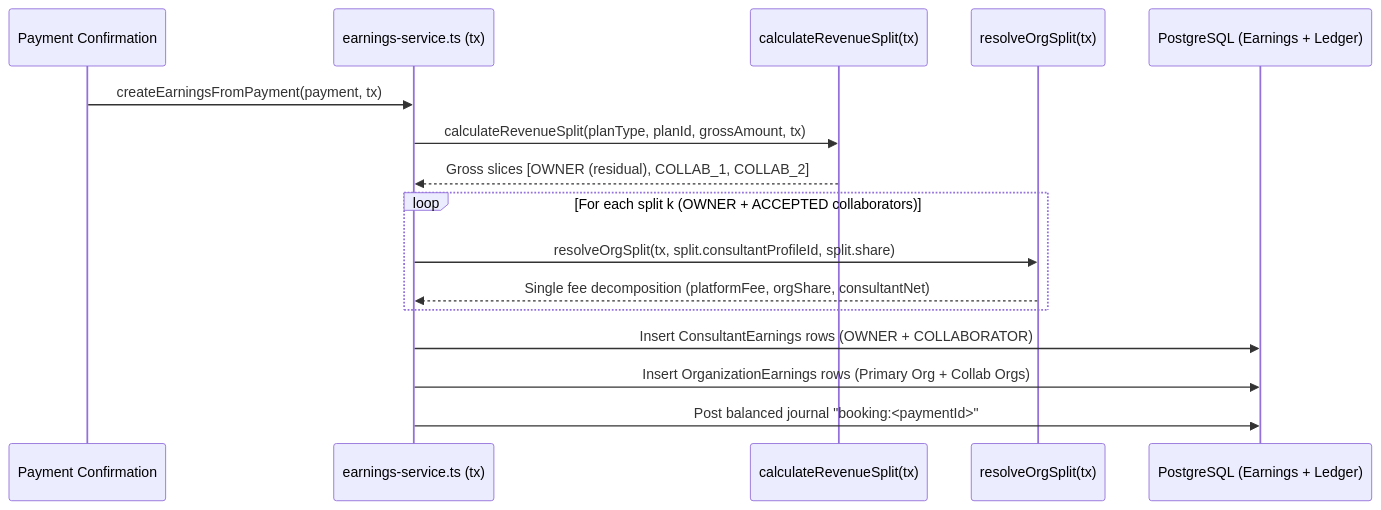
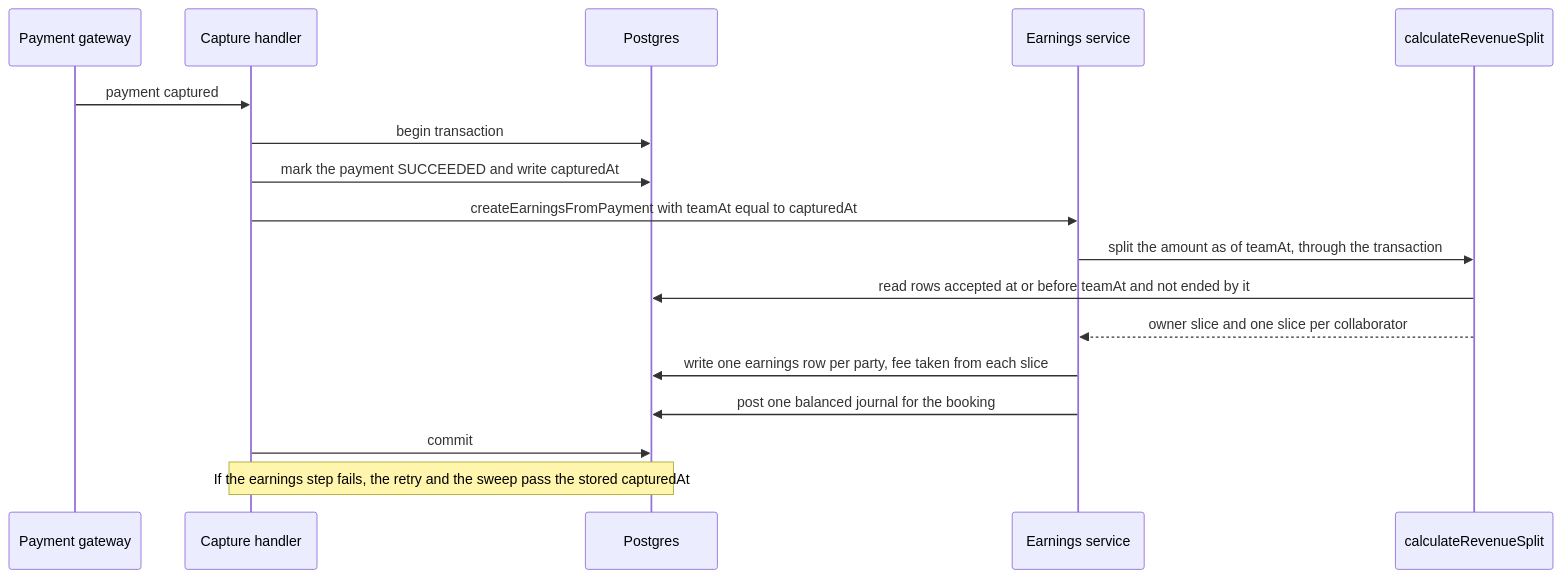
The diagram in docs/collaborators/03-revenue-sharing.md (Practitionist/familiarise_web), drawn with Mermaid before and after one commit. The commit also changed other lines of this file and 306 other files, not shown here.

````diff
--- a/docs/collaborators/03-revenue-sharing.md
+++ b/docs/collaborators/03-revenue-sharing.md
@@ -25,19 +44,20 @@
 ```mermaid
 sequenceDiagram
-    participant WH as Payment Confirmation
-    participant ES as earnings-service.ts (tx)
-    participant CS as calculateRevenueSplit(tx)
-    participant RC as resolveOrgSplit(tx)
-    participant DB as PostgreSQL (Earnings + Ledger)
+    participant GW as Payment gateway
+    participant H as Capture handler
+    participant DB as Postgres
+    participant ES as Earnings service
+    participant RS as calculateRevenueSplit
 
-    WH->>ES: createEarningsFromPayment(payment, tx)
-    ES->>CS: calculateRevenueSplit(planType, planId, grossAmount, tx)
-    CS-->>ES: Gross slices [OWNER (residual), COLLAB_1, COLLAB_2]
-    loop For each split k (OWNER + ACCEPTED collaborators)
-        ES->>RC: resolveOrgSplit(tx, split.consultantProfileId, split.share)
-        RC-->>ES: Single fee decomposition (platformFee, orgShare, consultantNet)
-    end
-    ES->>DB: Insert ConsultantEarnings rows (OWNER + COLLABORATOR)
-    ES->>DB: Insert OrganizationEarnings rows (Primary Org + Collab Orgs)
-    ES->>DB: Post balanced journal "booking:<paymentId>"
+    GW->>H: payment captured
+    H->>DB: begin transaction
+    H->>DB: mark the payment SUCCEEDED and write capturedAt
+    H->>ES: createEarningsFromPayment with teamAt equal to capturedAt
+    ES->>RS: split the amount as of teamAt, through the transaction
+    RS->>DB: read rows accepted at or before teamAt and not ended by it
+    RS-->>ES: owner slice and one slice per collaborator
+    ES->>DB: write one earnings row per party, fee taken from each slice
+    ES->>DB: post one balanced journal for the booking
+    H->>DB: commit
+    Note over H,DB: If the earnings step fails, the retry and the sweep pass the stored capturedAt
 ```
````
